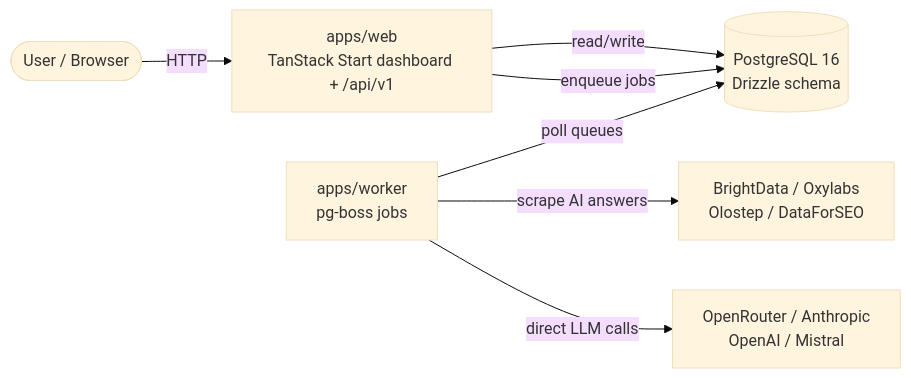
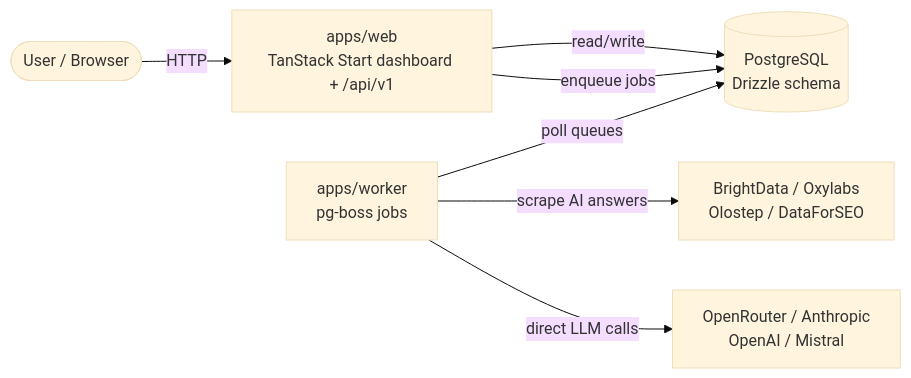
Before and after one commit to jrhizor/getcito-worlds-first-open-source-aio-aeo-or-geo-tool: the first of 3 diagrams in README.md, drawn with Mermaid (base theme). The commit also changed other lines of this file and 149 other files, not shown here.

````diff
--- a/README.md
+++ b/README.md
@@ -111,9 +113,9 @@
 ```mermaid
 flowchart LR
     User([User / Browser]) -->|HTTP| Web[apps/web<br/>TanStack Start dashboard + /api/v1]
-    Web -->|read/write| DB[(PostgreSQL 16<br/>Drizzle schema)]
+    Web -->|read/write| DB[(PostgreSQL<br/>Drizzle schema)]
     Web -->|enqueue jobs| DB
     Worker[apps/worker<br/>pg-boss jobs] -->|poll queues| DB
     Worker -->|scrape AI answers| Scrapers[BrightData / Oxylabs<br/>Olostep / DataForSEO]
     Worker -->|direct LLM calls| LLM[OpenRouter / Anthropic<br/>OpenAI / Mistral]
 ```
````
